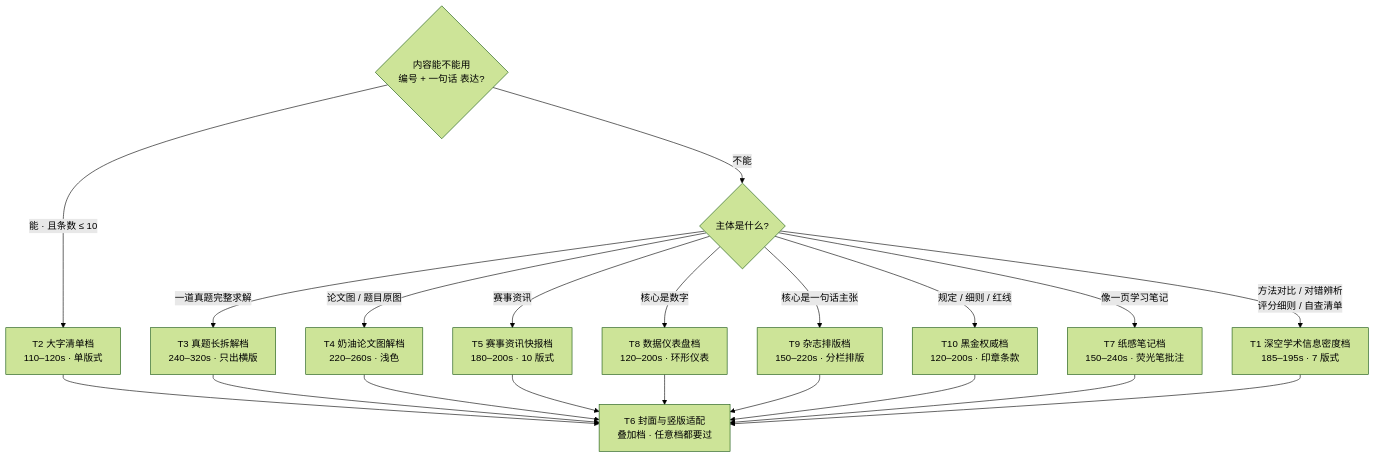
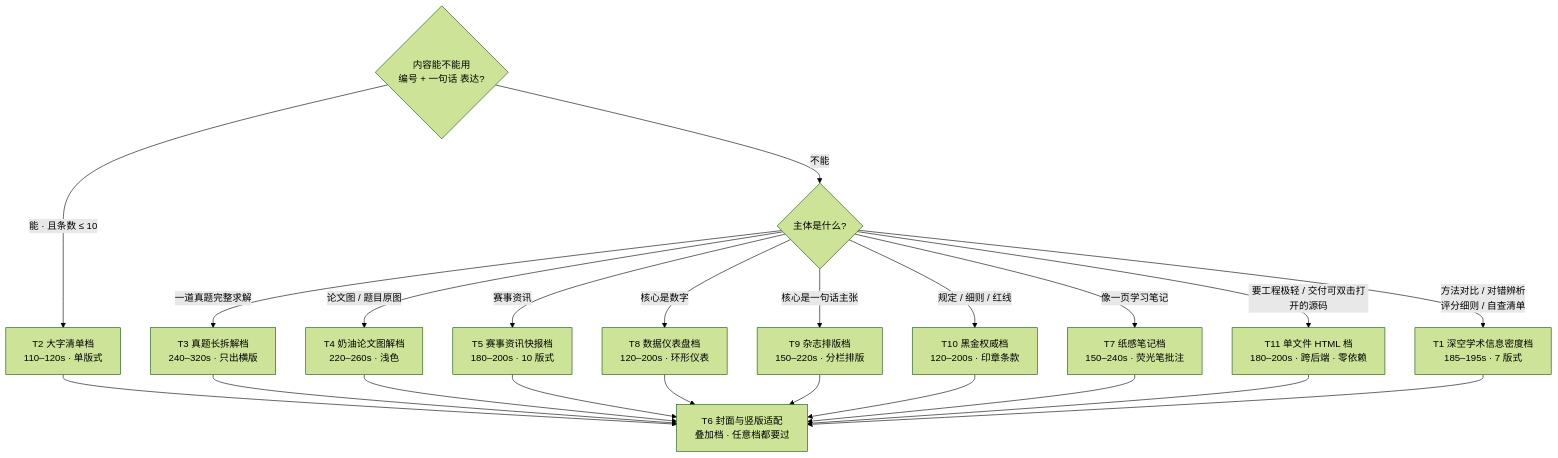
One commit to SpenBug/mcm-video-pipeline changed the third of 6 diagrams in README.md. Above: the diagram before and after it, drawn with Mermaid (forest theme). The commit also changed other lines of this file and 27 other files, not shown here.

First line of the commit message:
feat: 新增 T11 单文件 HTML + GSAP 档（跨后端）+ 更新说明

````diff
--- a/README.md
+++ b/README.md
@@ -375,25 +402,27 @@
 ```mermaid
 flowchart TD
     Q0{"内容能不能用<br/>编号 + 一句话 表达?"}
     Q0 -->|"能 · 且条数 ≤ 10"| T2["T2 大字清单档<br/>110–120s · 单版式"]
     Q0 -->|"不能"| Q1{"主体是什么?"}
 
     Q1 -->|"一道真题完整求解"| T3["T3 真题长拆解档<br/>240–320s · 只出横版"]
     Q1 -->|"论文图 / 题目原图"| T4["T4 奶油论文图解档<br/>220–260s · 浅色"]
     Q1 -->|"赛事资讯"| T5["T5 赛事资讯快报档<br/>180–200s · 10 版式"]
     Q1 -->|"核心是数字"| T8["T8 数据仪表盘档<br/>120–200s · 环形仪表"]
     Q1 -->|"核心是一句话主张"| T9["T9 杂志排版档<br/>150–220s · 分栏排版"]
     Q1 -->|"规定 / 细则 / 红线"| T10["T10 黑金权威档<br/>120–200s · 印章条款"]
     Q1 -->|"像一页学习笔记"| T7["T7 纸感笔记档<br/>150–240s · 荧光笔批注"]
+    Q1 -->|"要工程极轻 / 交付可双击打开的源码"| T11["T11 单文件 HTML 档<br/>180–200s · 跨后端 · 零依赖"]
     Q1 -->|"方法对比 / 对错辨析<br/>评分细则 / 自查清单"| T1["T1 深空学术信息密度档<br/>185–195s · 7 版式"]
 
     T1 --> T6["T6 封面与竖版适配<br/>叠加档 · 任意档都要过"]
     T2 --> T6
     T3 --> T6
     T4 --> T6
     T5 --> T6
     T7 --> T6
     T8 --> T6
     T9 --> T6
     T10 --> T6
+    T11 --> T6
 ```
````
